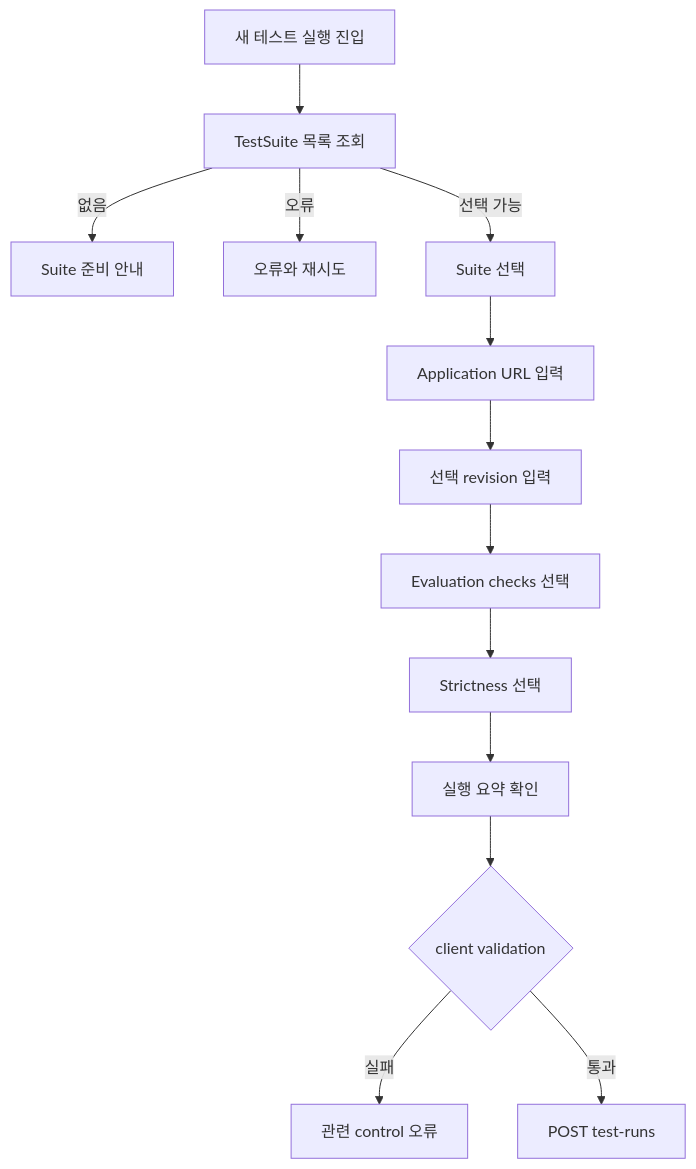
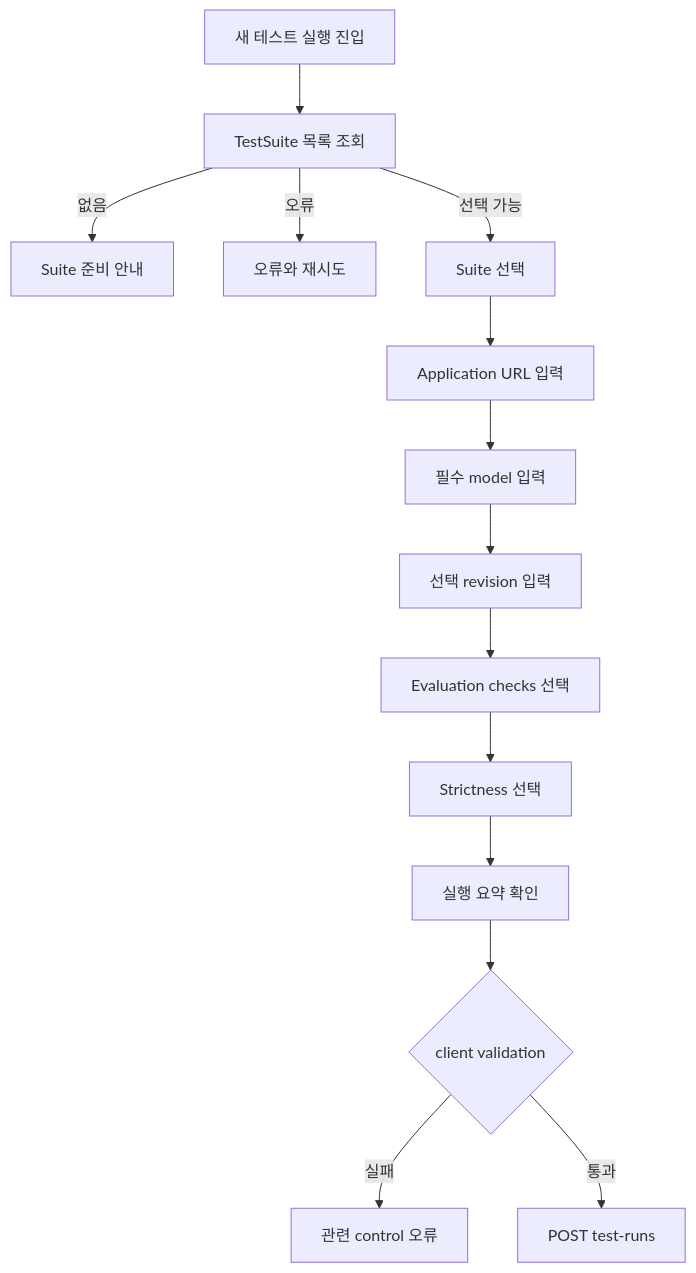
Before and after one commit to GuardBench/guardbench-frontend: the third of 6 diagrams in docs/product/user-flows.md, drawn with Mermaid. The commit also changed other lines of this file and 5 other files, not shown here.

````diff
--- a/docs/product/user-flows.md
+++ b/docs/product/user-flows.md
@@ -109,15 +110,16 @@
 ```mermaid
 flowchart TD
     A[새 테스트 실행 진입] --> B[TestSuite 목록 조회]
     B -->|없음| C[Suite 준비 안내]
     B -->|오류| D[오류와 재시도]
     B -->|선택 가능| E[Suite 선택]
     E --> F[Application URL 입력]
-    F --> G[선택 revision 입력]
-    G --> H[Evaluation checks 선택]
-    H --> I[Strictness 선택]
-    I --> J[실행 요약 확인]
-    J --> K{client validation}
-    K -->|실패| L[관련 control 오류]
-    K -->|통과| M[POST test-runs]
+    F --> G[필수 model 입력]
+    G --> H[선택 revision 입력]
+    H --> I[Evaluation checks 선택]
+    I --> J[Strictness 선택]
+    J --> K[실행 요약 확인]
+    K --> L{client validation}
+    L -->|실패| M[관련 control 오류]
+    L -->|통과| N[POST test-runs]
 ```
````
